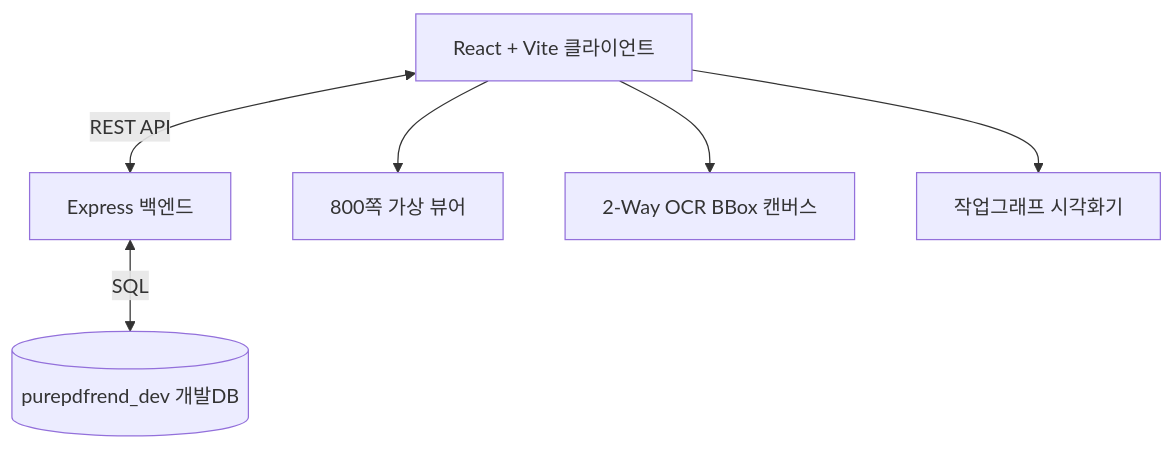
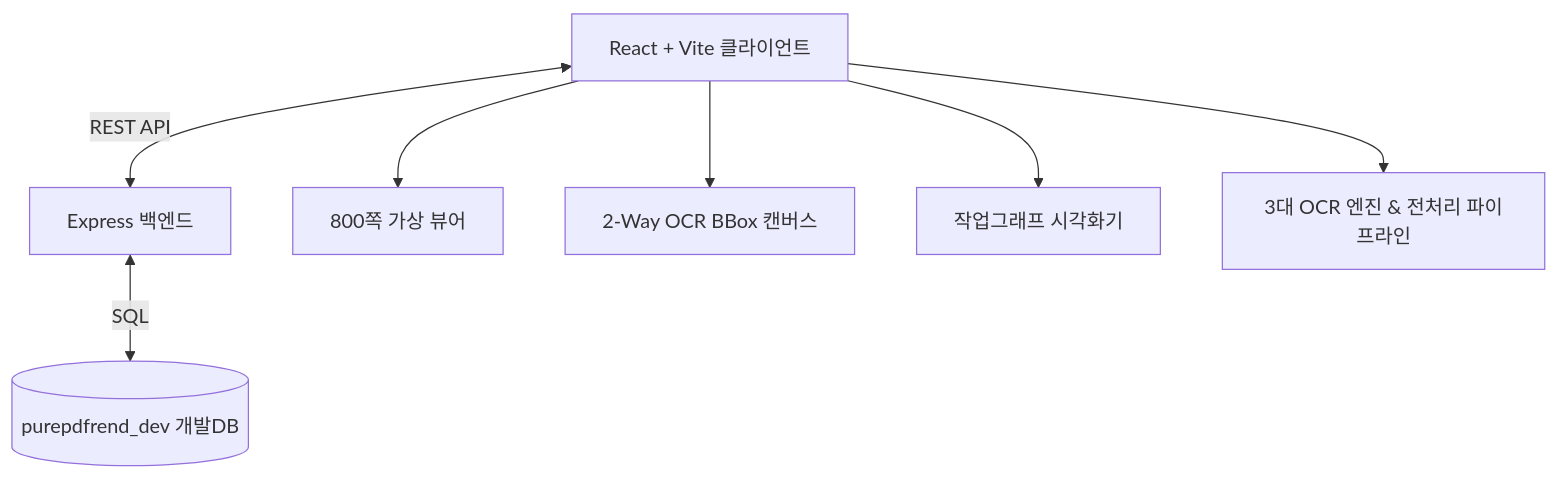
The diagram in docs/05.설계/README_설계.md (jkoogit/purePDFrend), drawn with Mermaid before and after one commit. The commit also changed other lines of this file and 26 other files, not shown here.

Commit message:
feat: [TASK-0012] PDF 이미지 전처리 엔진 및 다국어 OCR(WASM/클라우드/PaddleOCR 도커 어댑터) 파이프라인 구현

````diff
--- a/docs/05.설계/README_설계.md
+++ b/docs/05.설계/README_설계.md
@@ -17,8 +19,9 @@
 ```mermaid
 graph TD
     Client[React + Vite 클라이언트] <-->|REST API| Server[Express 백엔드]
     Server <-->|SQL| DB[(purepdfrend_dev 개발DB)]
     Client --> Comp1[800쪽 가상 뷰어]
     Client --> Comp2[2-Way OCR BBox 캔버스]
     Client --> Comp3[작업그래프 시각화기]
+    Client --> Comp4[3대 OCR 엔진 & 전처리 파이프라인]
 ```
````
